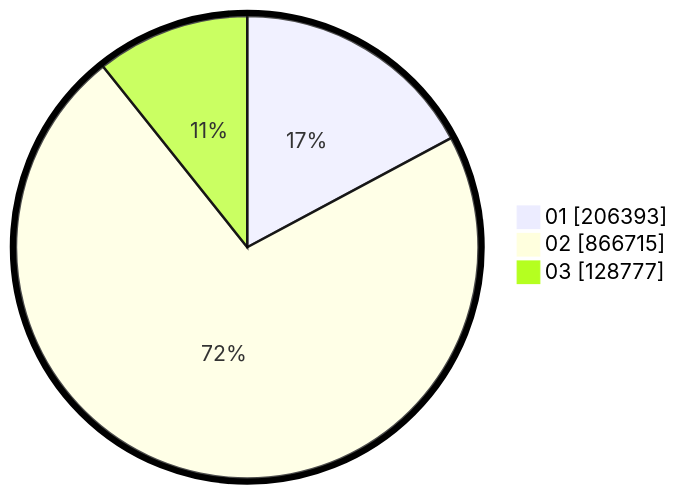
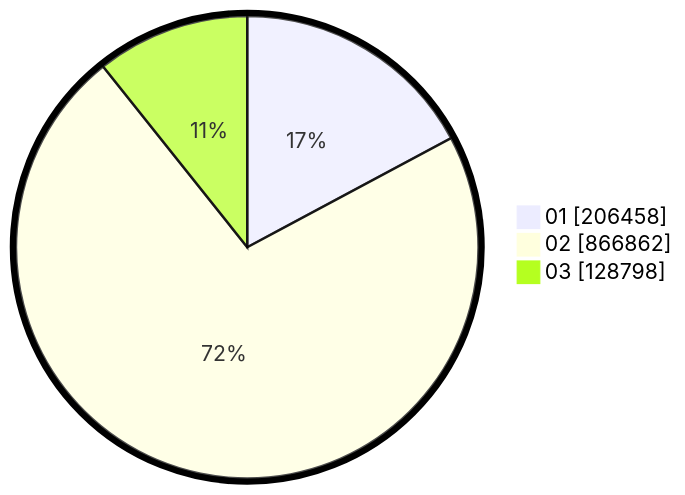
The second of 2 diagrams in pilpres/hitung-suara/sub/table-wilayah-62.md (gigit-pemilu/pemilu-2024), drawn with Mermaid before and after one commit. The commit also changed other lines of this file and 6 other files, not shown here.

````diff
--- a/pilpres/hitung-suara/sub/table-wilayah-62.md
+++ b/pilpres/hitung-suara/sub/table-wilayah-62.md
@@ -15,7 +15,7 @@
 ```mermaid
 %%{init: {"pie": {"textPosition": 0.5}, "themeVariables": {"pieOuterStrokeWidth": "5px"}} }%%
 pie showData
-    "01" : 206393
-    "02" : 866715
-    "03" : 128777
+    "01" : 206458
+    "02" : 866862
+    "03" : 128798
 ```
````
